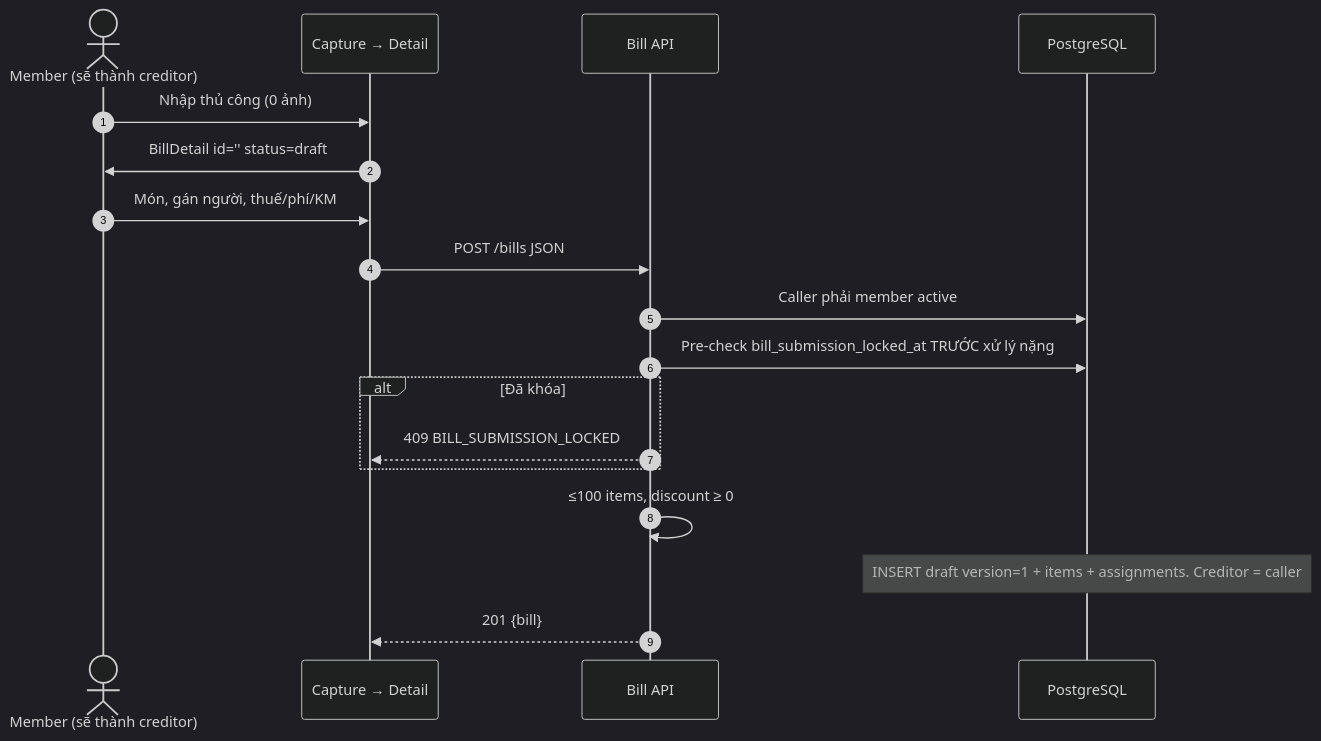
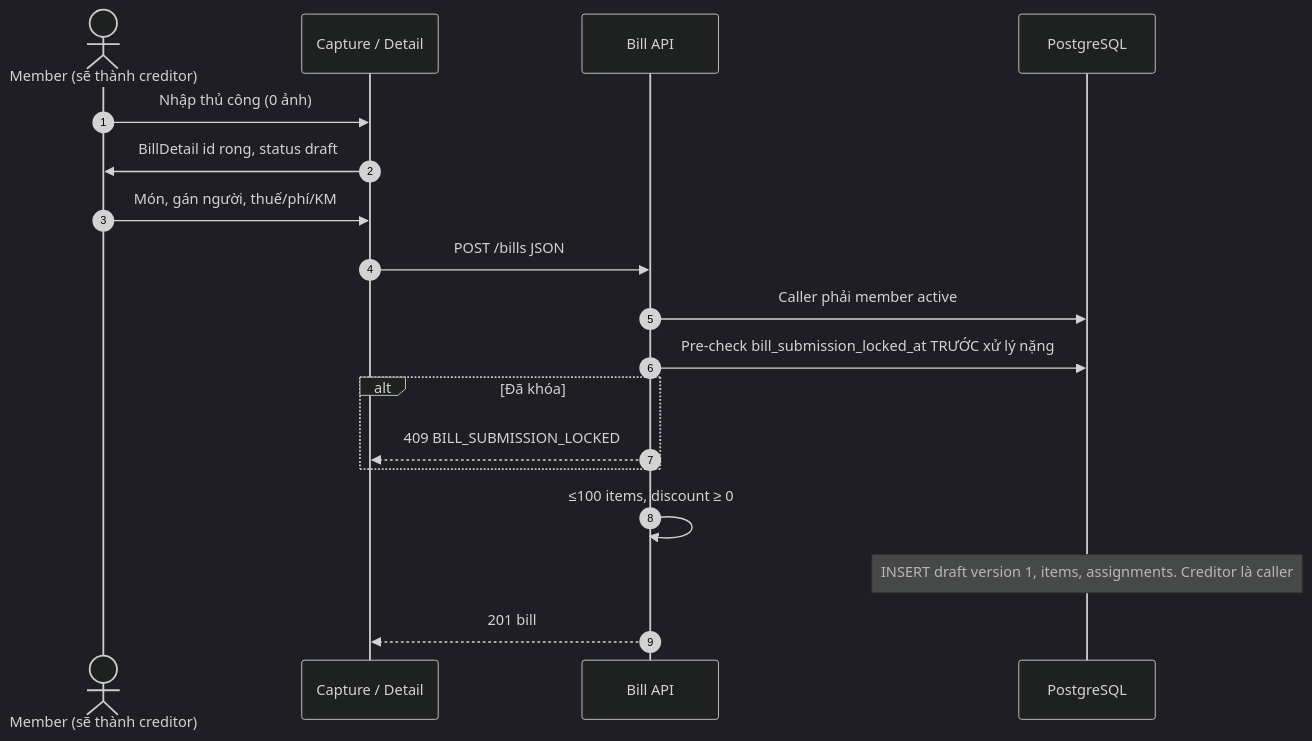
Before and after one commit to FintechVSF-Tranning/PaySplit-RP: the third of 9 diagrams in flow/03-bill.md, drawn with Mermaid (dark theme). The commit also changed other lines of this file and 7 other files, not shown here.

First line of the commit message:
Refactor notification flow and admin management documentation

````diff
--- a/flow/03-bill.md
+++ b/flow/03-bill.md
@@ -134,21 +158,21 @@
 ```mermaid
 sequenceDiagram
     autonumber
     actor U as Member (sẽ thành creditor)
-    participant FE as Capture → Detail
+    participant FE as Capture / Detail
     participant BE as Bill API
     participant DB as PostgreSQL
 
     U->>FE: Nhập thủ công (0 ảnh)
-    FE->>U: BillDetail id='' status=draft
+    FE->>U: BillDetail id rong, status draft
     U->>FE: Món, gán người, thuế/phí/KM
     FE->>BE: POST /bills JSON
     BE->>DB: Caller phải member active
     BE->>DB: Pre-check bill_submission_locked_at TRƯỚC xử lý nặng
     alt Đã khóa
         BE-->>FE: 409 BILL_SUBMISSION_LOCKED
     end
     BE->>BE: ≤100 items, discount ≥ 0
-    Note over DB: INSERT draft version=1 + items + assignments. Creditor = caller
-    BE-->>FE: 201 {bill}
+    Note over DB: INSERT draft version 1, items, assignments. Creditor là caller
+    BE-->>FE: 201 bill
 ```
````
